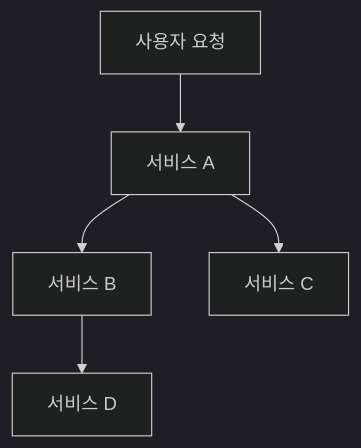
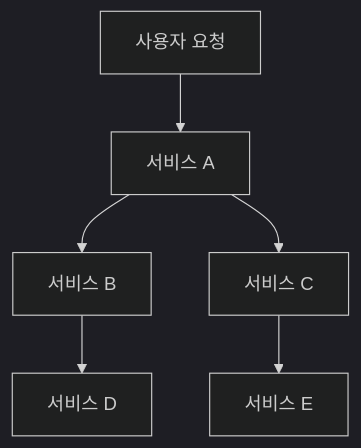
The first of 8 diagrams in posts/week1-istio-intro.md (rlaehdwn0105/istio-study), drawn with Mermaid (dark theme) before and after one commit. The commit also changed other lines of this file, not shown here.

Commit message:
Expand week1 note with more diagrams and detail

````diff
--- a/posts/week1-istio-intro.md
+++ b/posts/week1-istio-intro.md
@@ -26,7 +29,8 @@
 ```mermaid
 flowchart TD
     U[사용자 요청] --> A[서비스 A]
     A --> B[서비스 B]
     A --> C[서비스 C]
     B --> D[서비스 D]
+    C --> E[서비스 E]
 ```
````
